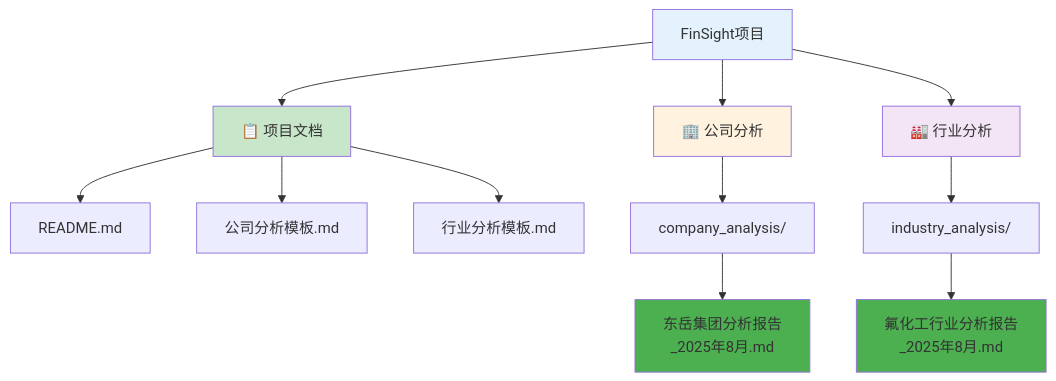
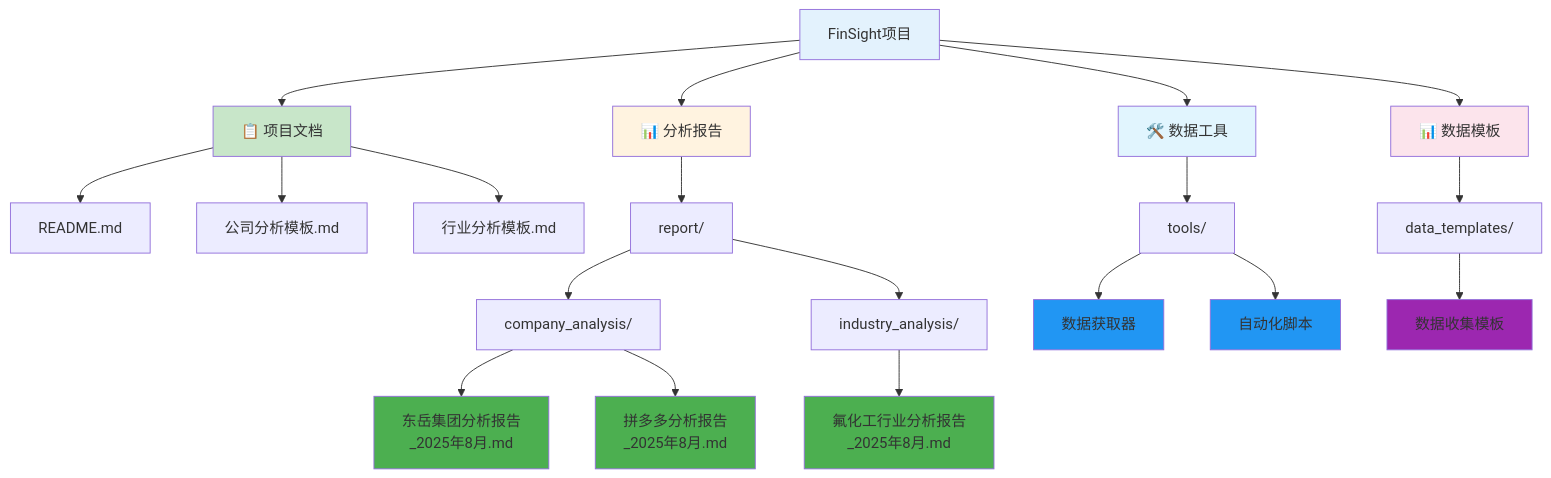
Before and after one commit to l-aime/FinSight: the first of 2 diagrams in README.md, drawn with Mermaid. The commit also changed other lines of this file and 2 other files, not shown here.

````diff
--- a/README.md
+++ b/README.md
@@ -41,23 +52,39 @@
 ```mermaid
 graph TD
     A[FinSight项目] --> B[📋 项目文档]
-    A --> C[🏢 公司分析]
-    A --> D[🏭 行业分析]
+    A --> C[📊 分析报告]
+    A --> D[🛠️ 数据工具]
+    A --> E[📊 数据模板]
     
     B --> B1[README.md]
     B --> B2[公司分析模板.md]
     B --> B3[行业分析模板.md]
     
-    C --> C1[company_analysis/]
-    C1 --> C2[东岳集团分析报告<br/>_2025年8月.md]
+    C --> C1[report/]
+    C1 --> C2[company_analysis/]
+    C1 --> C3[industry_analysis/]
     
-    D --> D1[industry_analysis/]
-    D1 --> D2[氟化工行业分析报告<br/>_2025年8月.md]
+    C2 --> C4[东岳集团分析报告<br/>_2025年8月.md]
+    C2 --> C5[拼多多分析报告<br/>_2025年8月.md]
+    
+    C3 --> C6[氟化工行业分析报告<br/>_2025年8月.md]
+    
+    D --> D1[tools/]
+    D1 --> D2[数据获取器]
+    D1 --> D3[自动化脚本]
+    
+    E --> E1[data_templates/]
+    E1 --> E2[数据收集模板]
     
     style A fill:#e3f2fd
     style B fill:#c8e6c9
     style C fill:#fff3e0
-    style D fill:#f3e5f5
-    style C2 fill:#4caf50
-    style D2 fill:#4caf50
+    style D fill:#e1f5fe
+    style E fill:#fce4ec
+    style C4 fill:#4caf50
+    style C5 fill:#4caf50
+    style C6 fill:#4caf50
+    style D2 fill:#2196f3
+    style D3 fill:#2196f3
+    style E2 fill:#9c27b0
 ```
````
